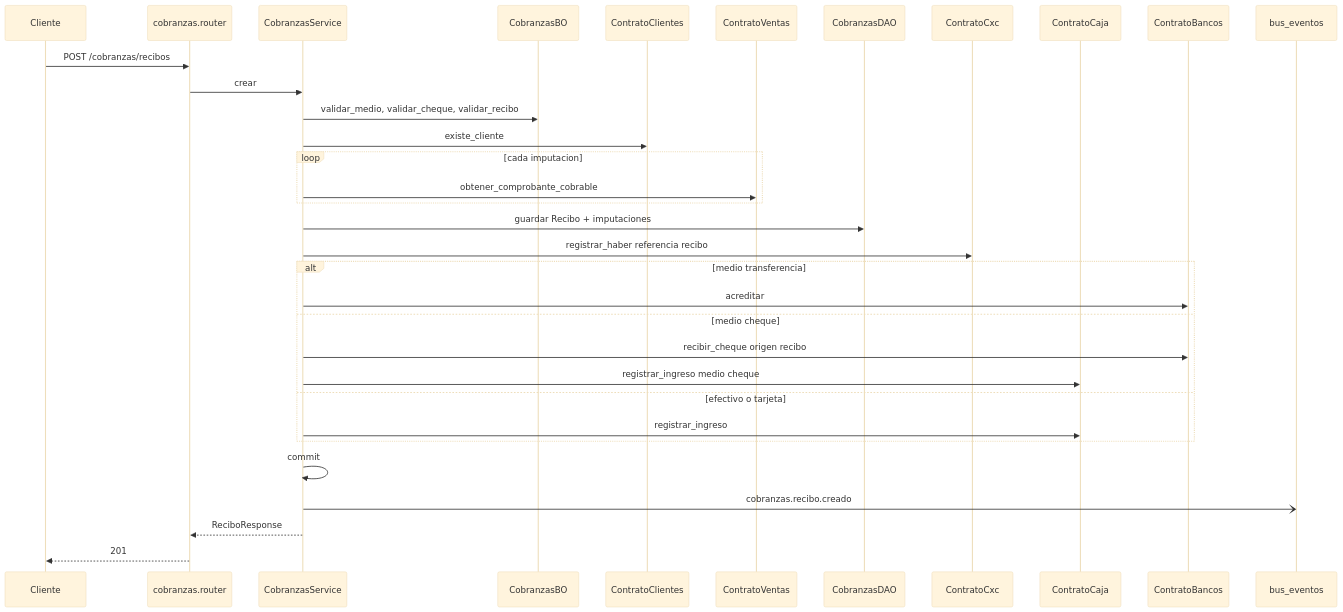
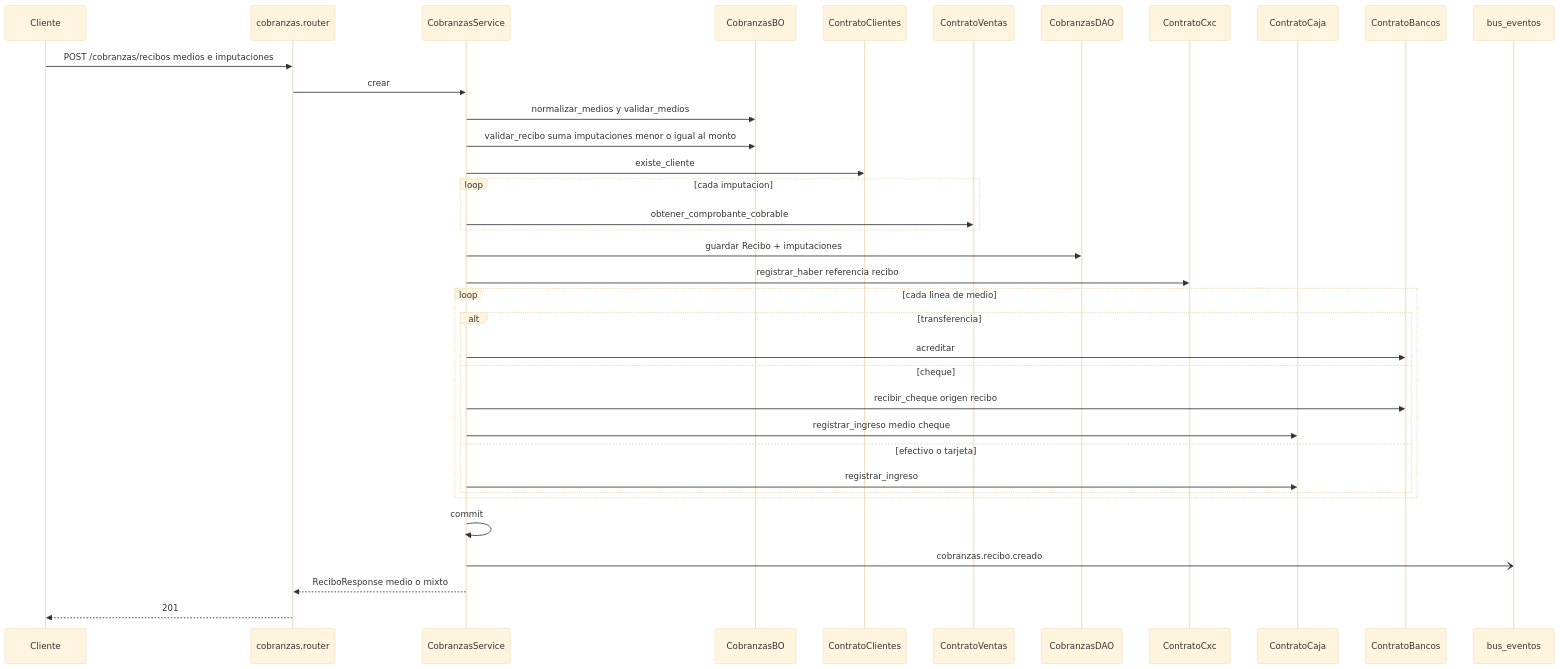
Before and after one commit to estsan3/ventas360-api: the diagram in docs/diagramas/cobranzas.md, drawn with Mermaid (base theme). The commit also changed other lines of this file and 16 other files, not shown here.

First line of the commit message:
docs: actualizar diagramas de secuencia por módulo.

````diff
--- a/docs/diagramas/cobranzas.md
+++ b/docs/diagramas/cobranzas.md
@@ -8,36 +10,39 @@
 ```mermaid
 sequenceDiagram
     participant Cliente
     participant Router as cobranzas.router
     participant Service as CobranzasService
     participant BO as CobranzasBO
     participant Clientes as ContratoClientes
     participant Ventas as ContratoVentas
     participant DAO as CobranzasDAO
     participant Cxc as ContratoCxc
     participant Caja as ContratoCaja
     participant Bancos as ContratoBancos
     participant Bus as bus_eventos
 
-    Cliente->>Router: POST /cobranzas/recibos
+    Cliente->>Router: POST /cobranzas/recibos medios e imputaciones
     Router->>Service: crear
-    Service->>BO: validar_medio, validar_cheque, validar_recibo
+    Service->>BO: normalizar_medios y validar_medios
+    Service->>BO: validar_recibo suma imputaciones menor o igual al monto
     Service->>Clientes: existe_cliente
     loop cada imputacion
         Service->>Ventas: obtener_comprobante_cobrable
     end
     Service->>DAO: guardar Recibo + imputaciones
     Service->>Cxc: registrar_haber referencia recibo
-    alt medio transferencia
-        Service->>Bancos: acreditar
-    else medio cheque
-        Service->>Bancos: recibir_cheque origen recibo
-        Service->>Caja: registrar_ingreso medio cheque
-    else efectivo o tarjeta
-        Service->>Caja: registrar_ingreso
+    loop cada linea de medio
+        alt transferencia
+            Service->>Bancos: acreditar
+        else cheque
+            Service->>Bancos: recibir_cheque origen recibo
+            Service->>Caja: registrar_ingreso medio cheque
+        else efectivo o tarjeta
+            Service->>Caja: registrar_ingreso
+        end
     end
     Service->>Service: commit
     Service-)Bus: cobranzas.recibo.creado
-    Service-->>Router: ReciboResponse
+    Service-->>Router: ReciboResponse medio o mixto
     Router-->>Cliente: 201
 ```
````
